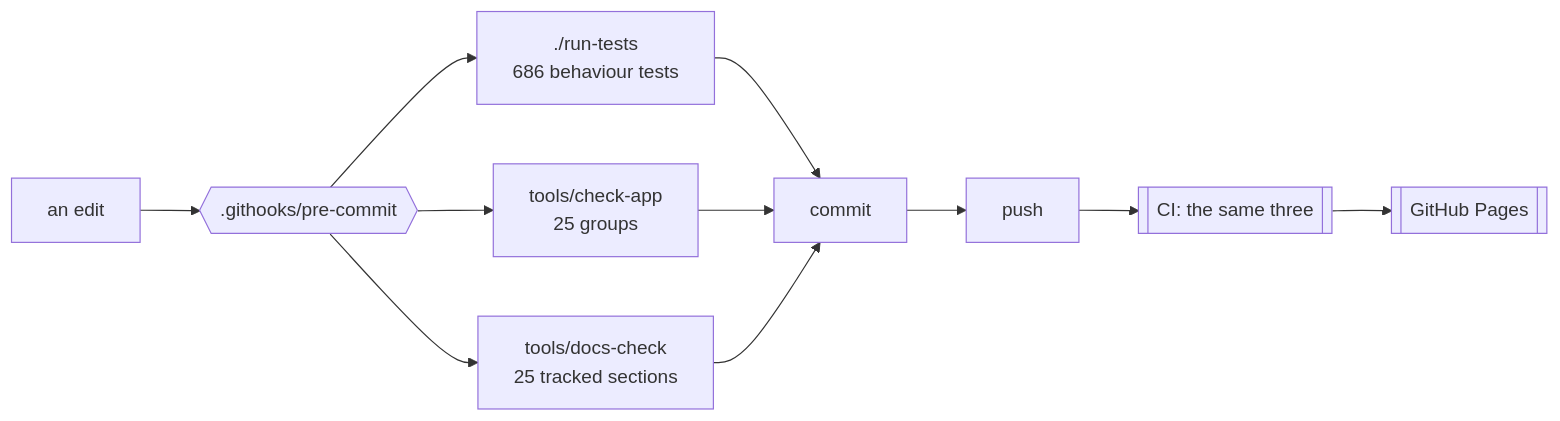
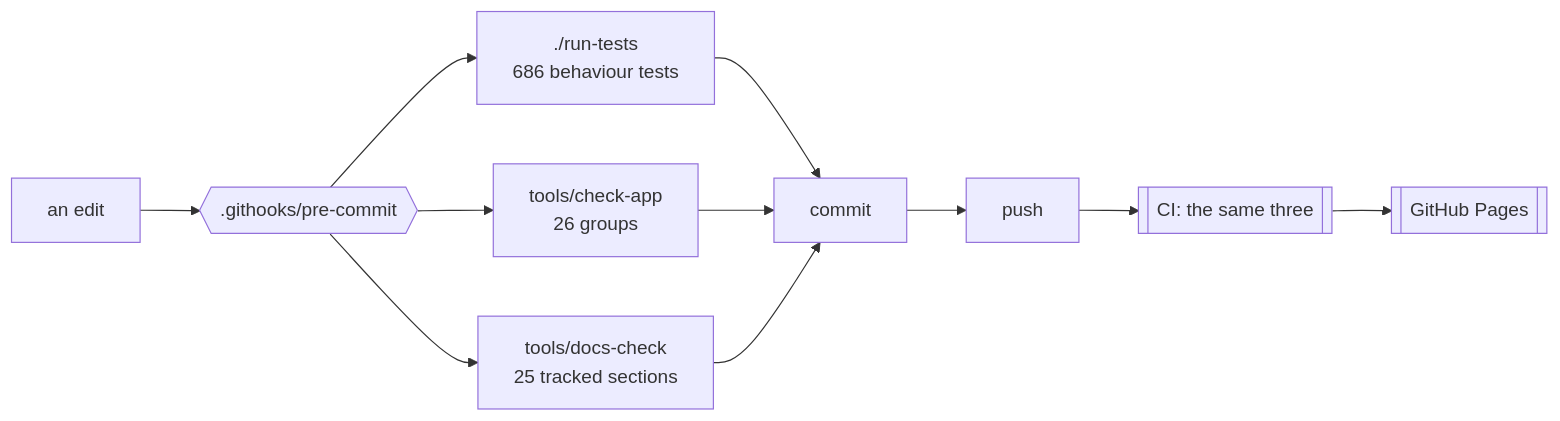
The first of 2 diagrams in docs/DEVELOPING.md (minormending/crystal-pilot-mobile), drawn with Mermaid before and after one commit. The commit also changed other lines of this file and 7 other files, not shown here.

````diff
--- a/docs/DEVELOPING.md
+++ b/docs/DEVELOPING.md
@@ -15,12 +15,12 @@
 ```mermaid
 flowchart LR
     E[an edit] --> H{{".githooks/pre-commit"}}
     H --> T["./run-tests<br/>686 behaviour tests"]
-    H --> C["tools/check-app<br/>25 groups"]
+    H --> C["tools/check-app<br/>26 groups"]
     H --> D["tools/docs-check<br/>25 tracked sections"]
     T --> OK[commit]
     C --> OK
     D --> OK
     OK --> P[push] --> CI[["CI: the same three"]]
     CI --> PG[[GitHub Pages]]
 ```
````
